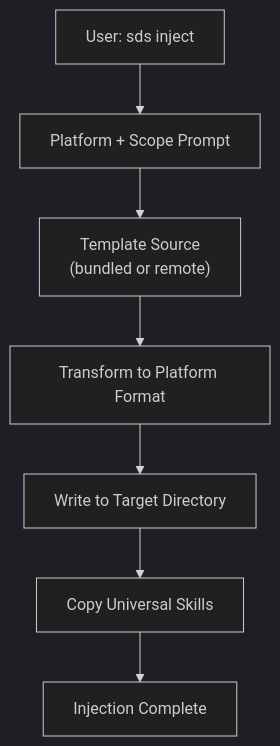
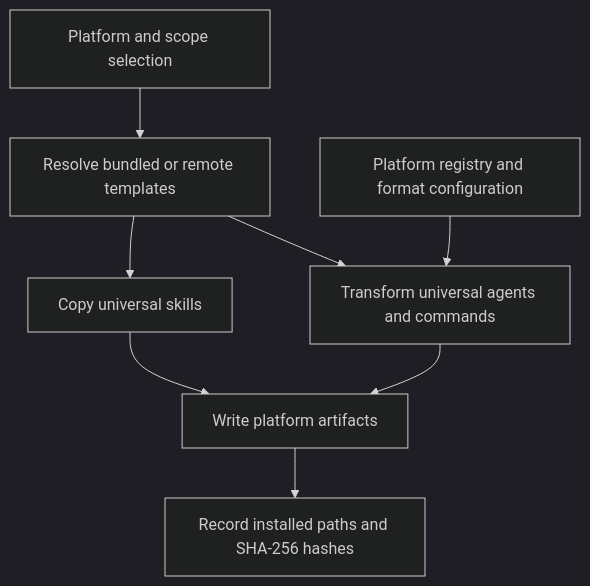
One commit to lindoelio/spec-driven-steroids changed the diagram in ARCHITECTURE.md. Above: the diagram before and after it, drawn with Mermaid (dark theme). The commit also changed other lines of this file and 15 other files, not shown here.

````diff
--- a/ARCHITECTURE.md
+++ b/ARCHITECTURE.md
@@ -152,9 +35,10 @@
 ```mermaid
 flowchart TD
-    USER["User: sds inject"] --> PROMPT["Platform + Scope Prompt"]
-    PROMPT --> SRC["Template Source\n(bundled or remote)"]
-    SRC --> TRANSFORM["Transform to Platform Format"]
-    TRANSFORM --> WRITE["Write to Target Directory"]
-    WRITE --> SKILLS["Copy Universal Skills"]
-    SKILLS --> DONE["Injection Complete"]
+    Request["Platform and scope selection"] --> Source["Resolve bundled or remote templates"]
+    Source --> Transform["Transform universal agents and commands"]
+    Registry["Platform registry and format configuration"] --> Transform
+    Source --> Skills["Copy universal skills"]
+    Transform --> Files["Write platform artifacts"]
+    Skills --> Files
+    Files --> Manifest["Record installed paths and SHA-256 hashes"]
 ```
````
